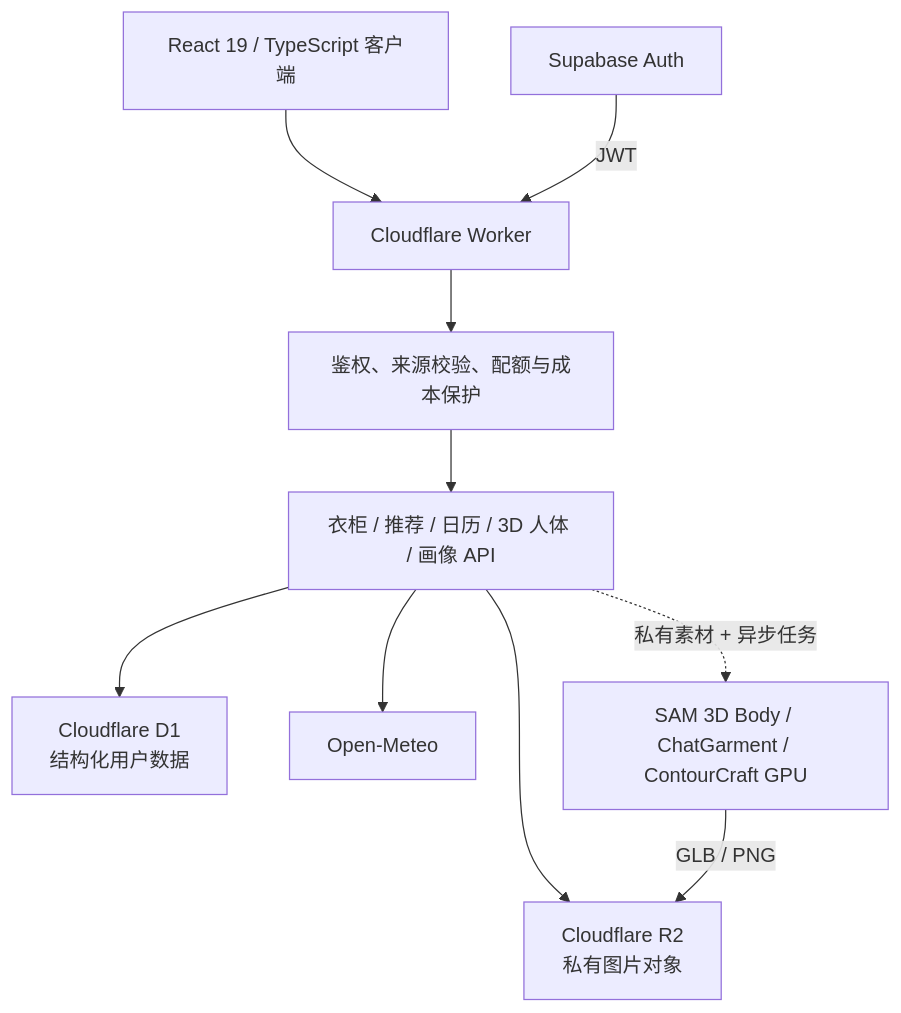
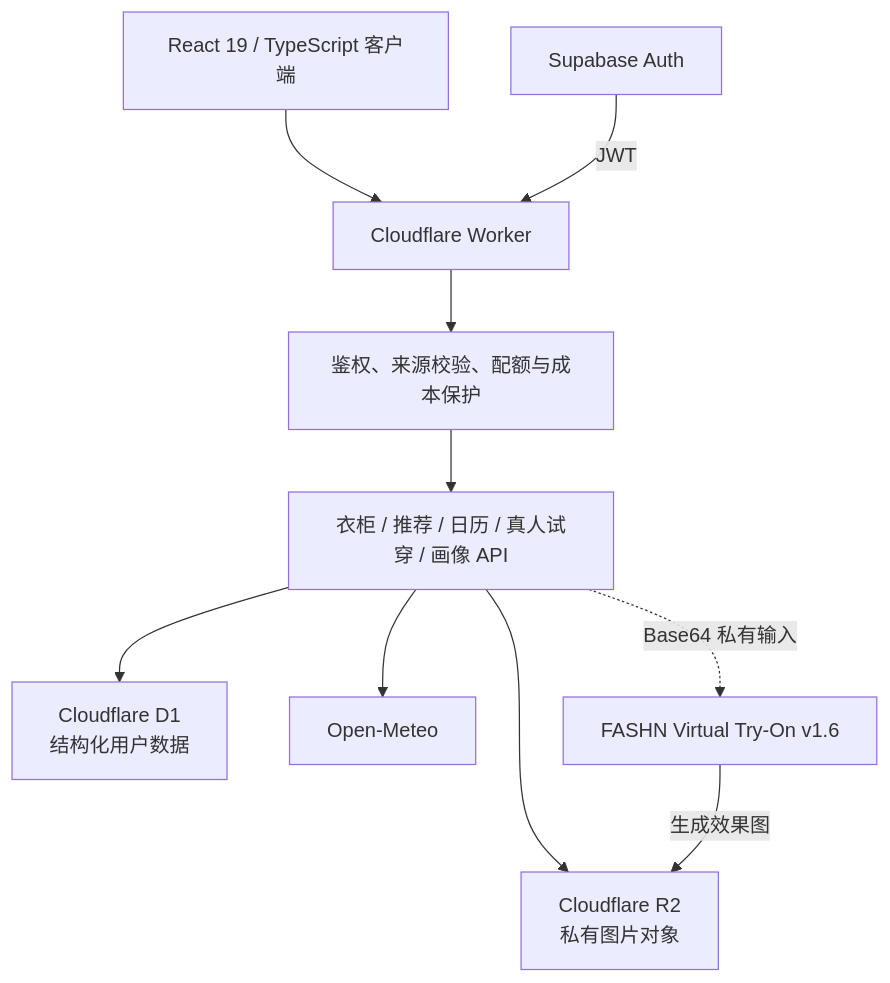
Before and after one commit to XinyuGao888/muse-closet-ai: the second of 2 diagrams in README.md, drawn with Mermaid. The commit also changed other lines of this file and 16 other files, not shown here.

````diff
--- a/README.md
+++ b/README.md
@@ -119,12 +119,12 @@
 ```mermaid
 flowchart TB
   U["React 19 / TypeScript 客户端"] --> W["Cloudflare Worker"]
   S["Supabase Auth"] -->|"JWT"| W
   W --> A["鉴权、来源校验、配额与成本保护"]
-  A --> API["衣柜 / 推荐 / 日历 / 3D 人体 / 画像 API"]
+  A --> API["衣柜 / 推荐 / 日历 / 真人试穿 / 画像 API"]
   API --> D1["Cloudflare D1\n结构化用户数据"]
   API --> R2["Cloudflare R2\n私有图片对象"]
   API --> OM["Open-Meteo"]
-  API -. "私有素材 + 异步任务" .-> AI["SAM 3D Body / ChatGarment / ContourCraft GPU"]
-  AI -->|"GLB / PNG"| R2
+  API -. "Base64 私有输入" .-> AI["FASHN Virtual Try-On v1.6"]
+  AI -->|"生成效果图"| R2
 ```
````
